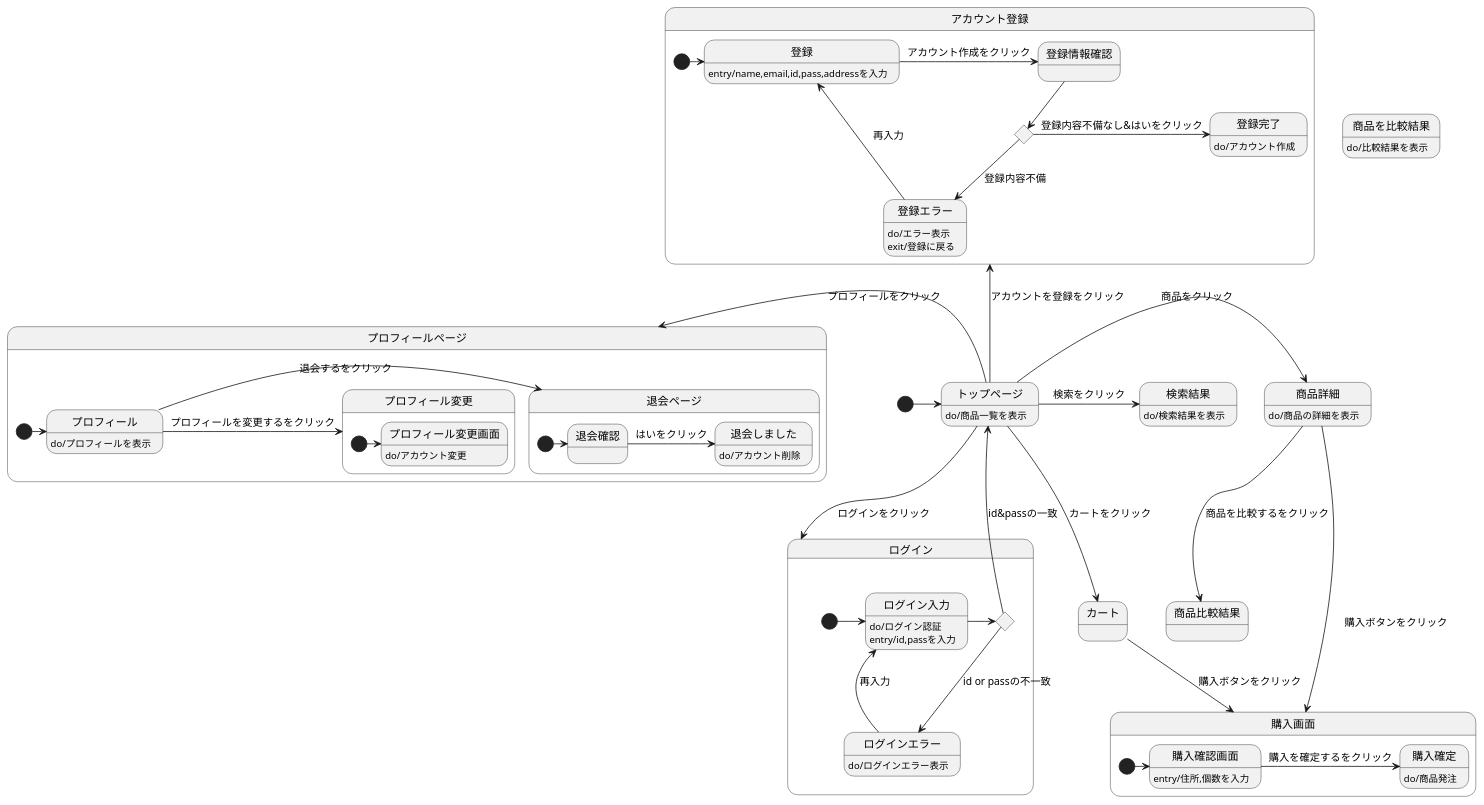
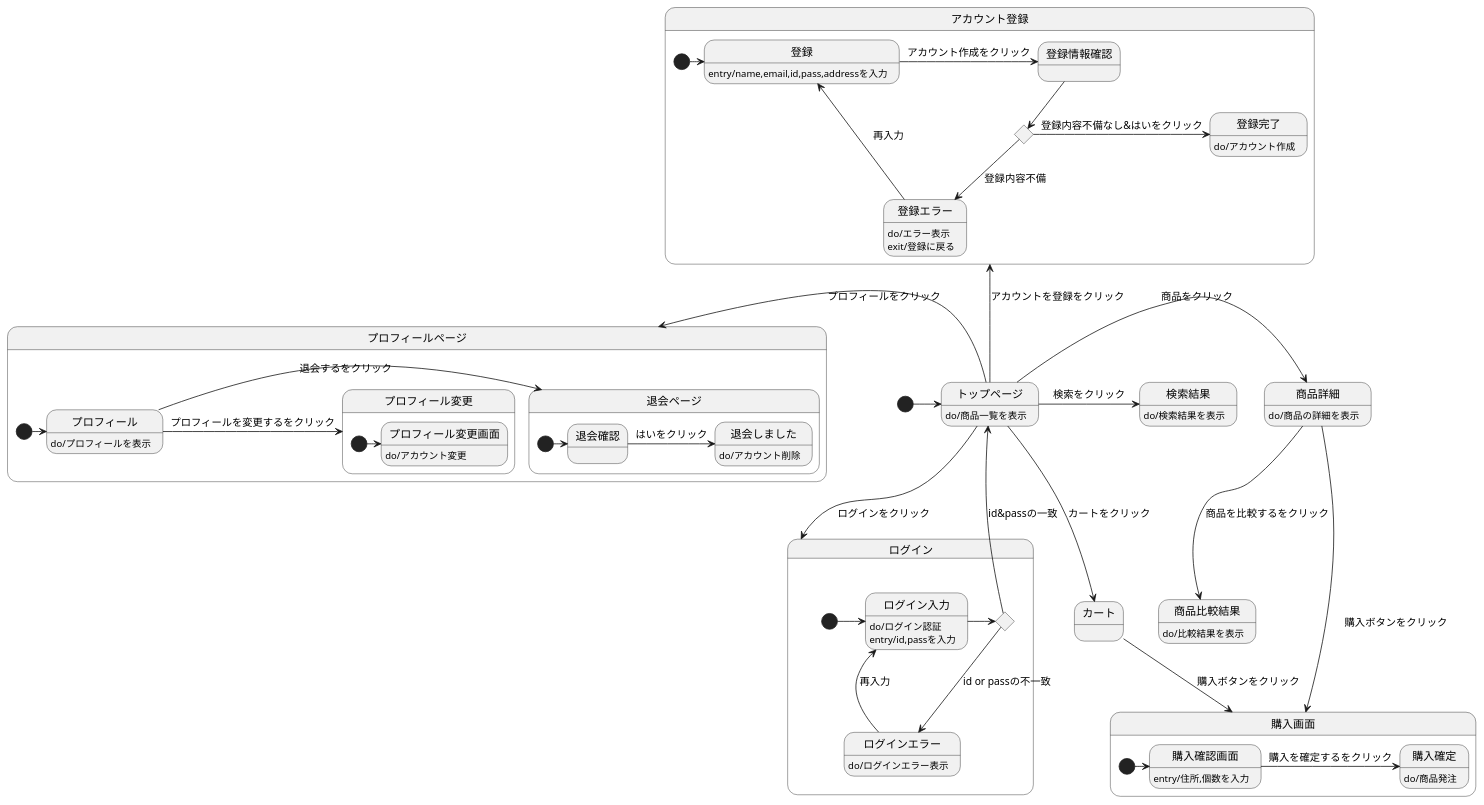
The diagram in stm01.md (Aso2001159/2021sys-design), drawn with PlantUML before and after one commit.

````diff
--- a/stm01.md
+++ b/stm01.md
@@ -1,66 +1,66 @@
 ```uml
 
 @startuml
 [*]->トップページ
 トップページ : do/商品一覧を表示
 トップページ->商品詳細 : 商品をクリック
   商品詳細 : do/商品の詳細を表示
   商品詳細 --> 商品比較結果 : 商品を比較するをクリック
-  商品を比較結果 : do/比較結果を表示
+  商品比較結果 : do/比較結果を表示
   商品詳細-> 購入画面 :　購入ボタンをクリック
 トップページ-down->ログイン :ログインをクリック
 state ログイン{
   state r確認 <<choice>>
   [*] -> ログイン入力 
   ログイン入力 : do/ログイン認証
   ログイン入力 : entry/id,passを入力
   ログイン入力 -> r確認
   r確認 -> トップページ : id&passの一致
    r確認 --> ログインエラー : id or passの不一致
     ログインエラー :do/ログインエラー表示
   ログインエラー -> ログイン入力 : 再入力
 
 }
 トップページ-->カート :カートをクリック
 カート --> 購入画面 : 購入ボタンをクリック
 state 購入画面{
   [*]-> 購入確認画面
   購入確認画面 : entry/住所,個数を入力
   購入確認画面 -> 購入確定 : 購入を確定するをクリック
   購入確定 : do/商品発注
 }
 state アカウント登録{
 [*]-> 登録 
   トップページ-up-> アカウント登録 :アカウントを登録をクリック
   state t確認 <<choice>>
   登録 : entry/name,email,id,pass,addressを入力
   登録 ->登録情報確認: アカウント作成をクリック
   登録情報確認 --> t確認 
   t確認 --> 登録エラー : 登録内容不備
     登録エラー : do/エラー表示
     登録エラー : exit/登録に戻る
    登録エラー -> 登録 : 再入力
   t確認 -> 登録完了: 登録内容不備なし&はいをクリック
     登録完了: do/アカウント作成
   }
 トップページ->検索結果 :検索をクリック
   検索結果 : do/検索結果を表示
 トップページ-left->プロフィールページ :プロフィールをクリック
 state プロフィールページ{
 [*] -> プロフィール
 プロフィール : do/プロフィールを表示
   プロフィール ->退会ページ :退会するをクリック
   state 退会ページ{
     [*]-> 退会確認 
     退会確認-> 退会しました : はいをクリック
       退会しました : do/アカウント削除
     }
     プロフィール -> プロフィール変更 : プロフィールを変更するをクリック
     state プロフィール変更{
       [*]-> プロフィール変更画面
       プロフィール変更画面 : do/アカウント変更
     }
  }
 @enduml
 
 ```
````
